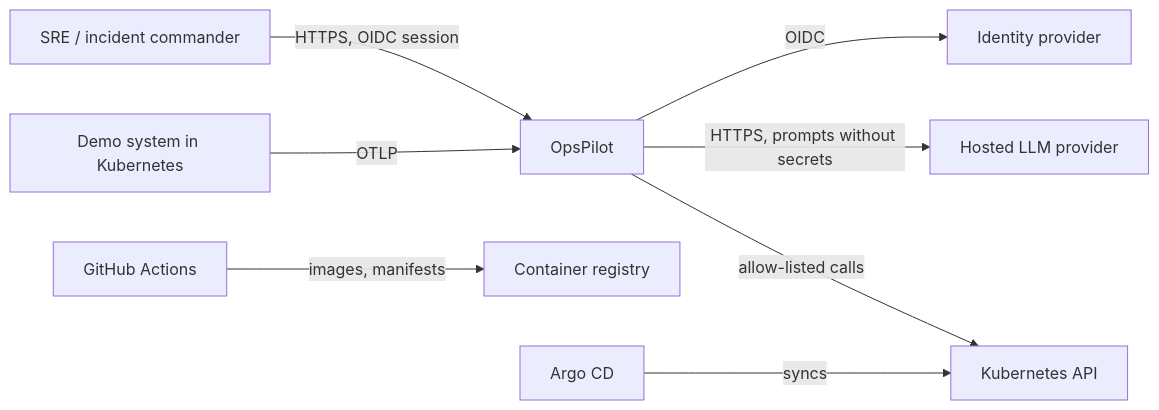
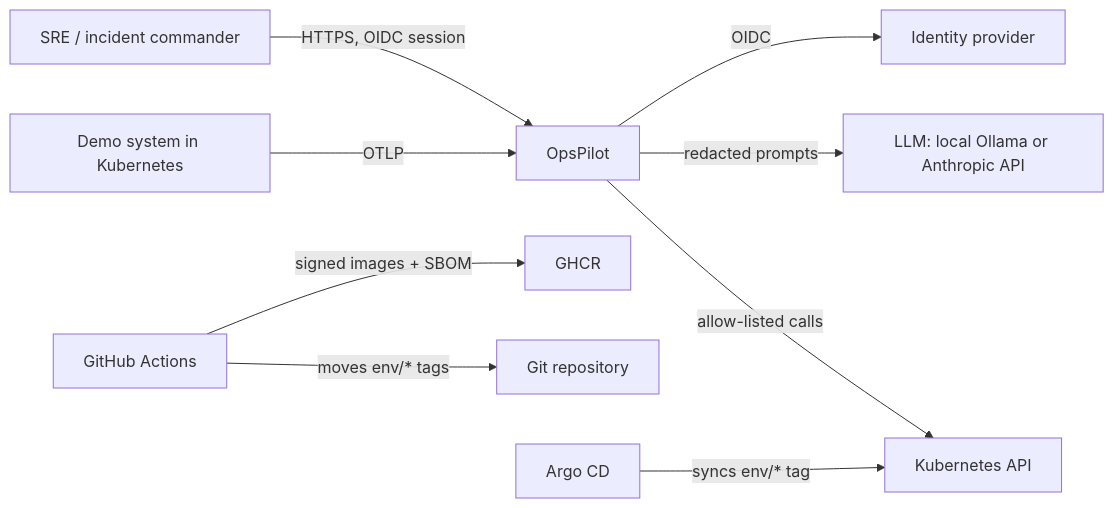
Before and after one commit to Kunj157/opspilot: the first of 3 diagrams in docs/architecture/overview.md, drawn with Mermaid. The commit also changed other lines of this file and 2 other files, not shown here.

First line of the commit message:
docs: consolidated threat model and current architecture overview

````diff
--- a/docs/architecture/overview.md
+++ b/docs/architecture/overview.md
@@ -8,10 +8,11 @@
 ```mermaid
 flowchart LR
     SRE[SRE / incident commander] -->|HTTPS, OIDC session| OPS[OpsPilot]
     OPS -->|OIDC| IDP[Identity provider]
-    OPS -->|HTTPS, prompts without secrets| LLM[Hosted LLM provider]
+    OPS -->|redacted prompts| LLM[LLM: local Ollama or Anthropic API]
     OPS -->|allow-listed calls| K8S[Kubernetes API]
     DEMO[Demo system in Kubernetes] -->|OTLP| OPS
-    GH[GitHub Actions] -->|images, manifests| REG[Container registry]
-    ARGO[Argo CD] -->|syncs| K8S
+    GH[GitHub Actions] -->|signed images + SBOM| REG[GHCR]
+    GH -->|moves env/* tags| GIT[Git repository]
+    ARGO[Argo CD] -->|syncs env/* tag| K8S
 ```
````
